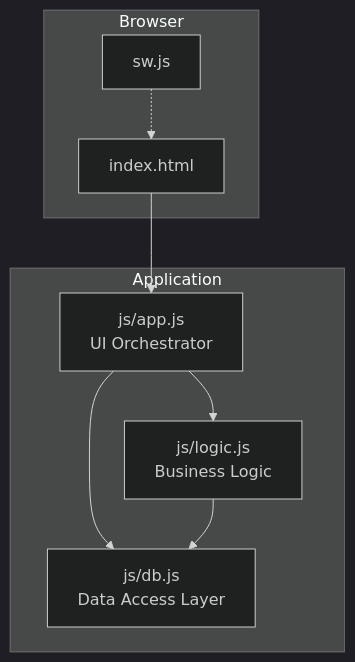
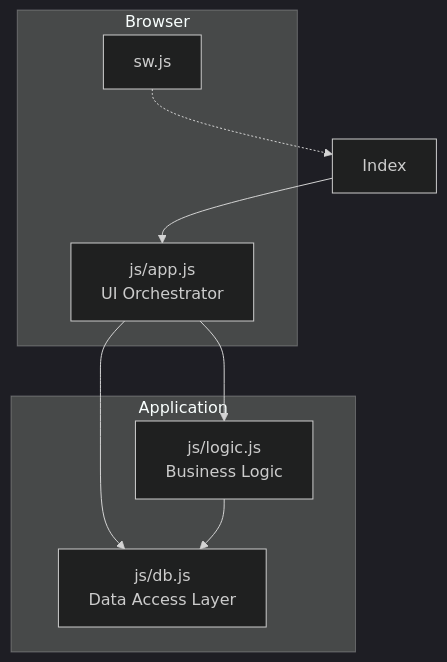
The first of 2 diagrams in README_DEV.md (masanori-satake/QuickLog-Solo), drawn with Mermaid (dark theme) before and after one commit. The commit also changed 8 other files, not shown here.

````diff
--- a/README_DEV.md
+++ b/README_DEV.md
@@ -11,19 +11,19 @@
 ```mermaid
 graph TD
     subgraph Browser
         SW[sw.js]
-        Index[index.html]
+        App[app.html]
     end
 
     subgraph Application
         App[js/app.js <br/>UI Orchestrator]
         Logic[js/logic.js <br/>Business Logic]
         DB[js/db.js <br/>Data Access Layer]
     end
 
     Index --> App
     SW -.-> Index
     App --> Logic
     App --> DB
     Logic --> DB
 ```
````
